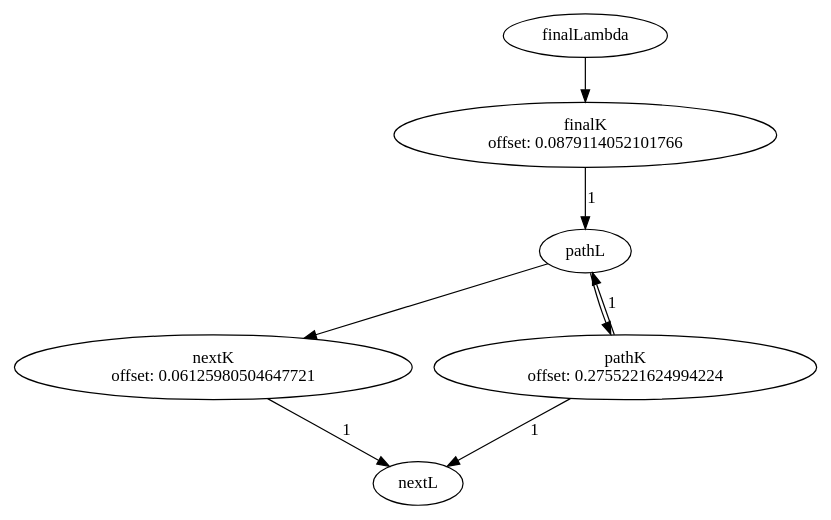
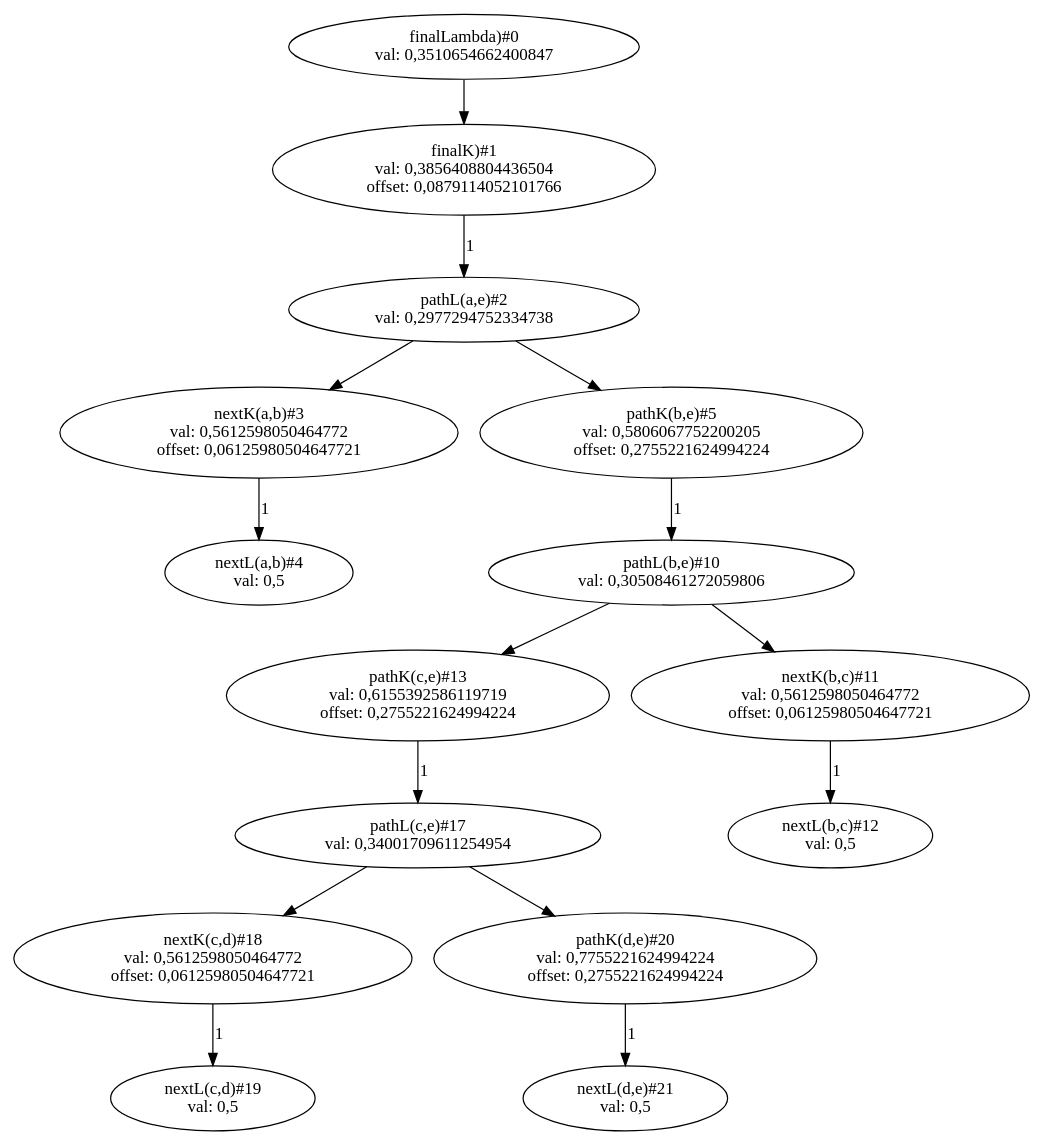
One commit to GustikS/Neurologic changed the diagram in graph.dot. Above: the diagram before and after it, drawn with Graphviz. The commit also changed 10 other files, not shown here.

```diff
--- a/graph.dot
+++ b/graph.dot
@@ -1,16 +1,58 @@
 digraph G {
-"finalLambda" -> "finalK
-offset: 0.0879114052101766";
-"finalK
-offset: 0.0879114052101766" -> "pathL" [ label = "1" ];
-"pathL" -> "nextK
-offset: 0.06125980504647721";
-"nextK
-offset: 0.06125980504647721" -> "nextL" [ label = "1" ];
-"pathL" -> "pathK
-offset: 0.2755221624994224";
-"pathK
-offset: 0.2755221624994224" -> "nextL" [ label = "1" ];
-"pathK
-offset: 0.2755221624994224" -> "pathL" [ label = "1" ];
+"finalLambda)#0
+val: 0,3510654662400847" -> "finalK)#1
+val: 0,3856408804436504
+offset: 0,0879114052101766";
+"finalK)#1
+val: 0,3856408804436504
+offset: 0,0879114052101766" -> "pathL(a,e)#2
+val: 0,2977294752334738" [ label = "1" ];
+"pathL(a,e)#2
+val: 0,2977294752334738" -> "nextK(a,b)#3
+val: 0,5612598050464772
+offset: 0,06125980504647721";
+"nextK(a,b)#3
+val: 0,5612598050464772
+offset: 0,06125980504647721" -> "nextL(a,b)#4
+val: 0,5" [ label = "1" ];
+"pathL(a,e)#2
+val: 0,2977294752334738" -> "pathK(b,e)#5
+val: 0,5806067752200205
+offset: 0,2755221624994224";
+"pathK(b,e)#5
+val: 0,5806067752200205
+offset: 0,2755221624994224" -> "pathL(b,e)#10
+val: 0,30508461272059806" [ label = "1" ];
+"pathL(b,e)#10
+val: 0,30508461272059806" -> "pathK(c,e)#13
+val: 0,6155392586119719
+offset: 0,2755221624994224";
+"pathK(c,e)#13
+val: 0,6155392586119719
+offset: 0,2755221624994224" -> "pathL(c,e)#17
+val: 0,34001709611254954" [ label = "1" ];
+"pathL(c,e)#17
+val: 0,34001709611254954" -> "nextK(c,d)#18
+val: 0,5612598050464772
+offset: 0,06125980504647721";
+"nextK(c,d)#18
+val: 0,5612598050464772
+offset: 0,06125980504647721" -> "nextL(c,d)#19
+val: 0,5" [ label = "1" ];
+"pathL(c,e)#17
+val: 0,34001709611254954" -> "pathK(d,e)#20
+val: 0,7755221624994224
+offset: 0,2755221624994224";
+"pathK(d,e)#20
+val: 0,7755221624994224
+offset: 0,2755221624994224" -> "nextL(d,e)#21
+val: 0,5" [ label = "1" ];
+"pathL(b,e)#10
+val: 0,30508461272059806" -> "nextK(b,c)#11
+val: 0,5612598050464772
+offset: 0,06125980504647721";
+"nextK(b,c)#11
+val: 0,5612598050464772
+offset: 0,06125980504647721" -> "nextL(b,c)#12
+val: 0,5" [ label = "1" ];
 }
```
